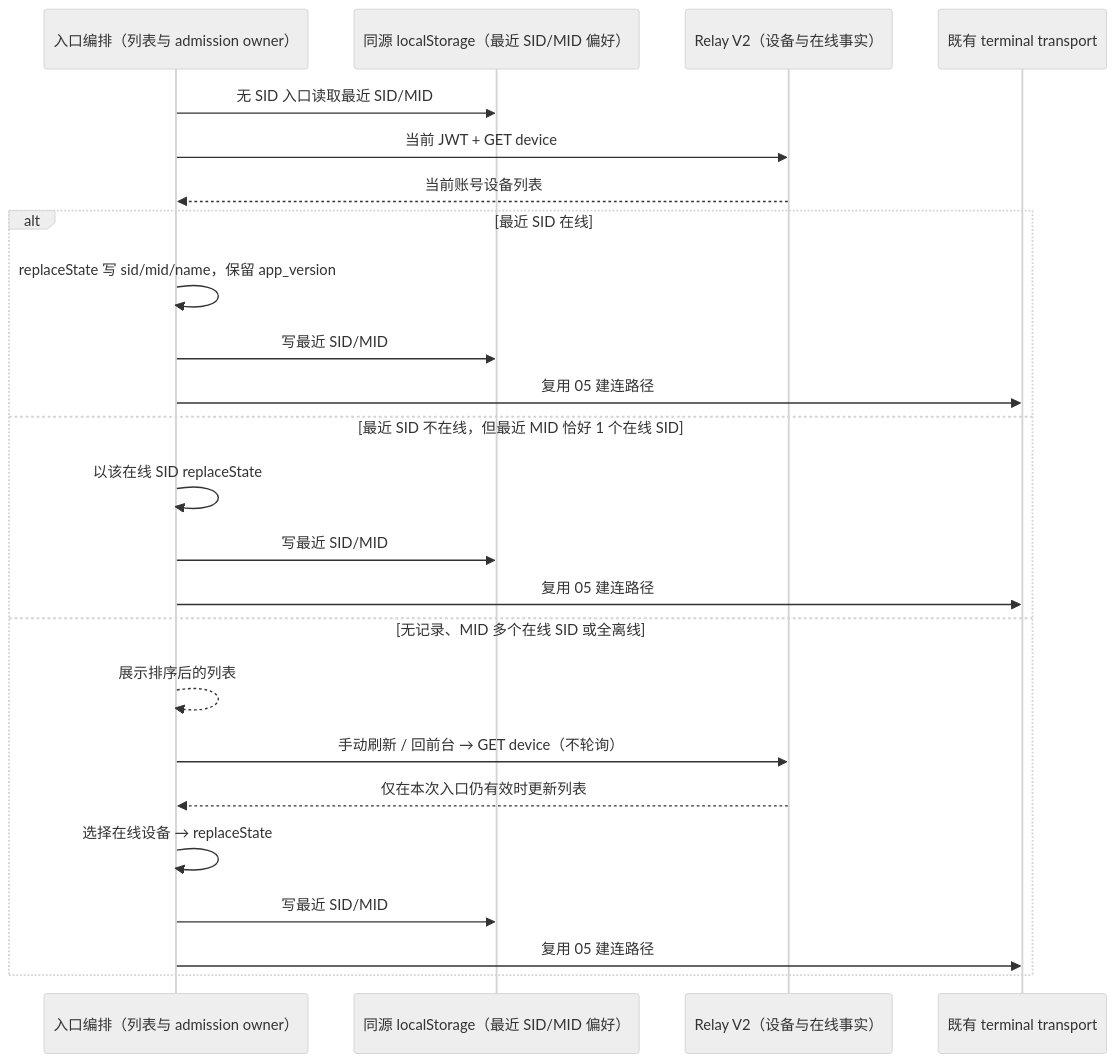
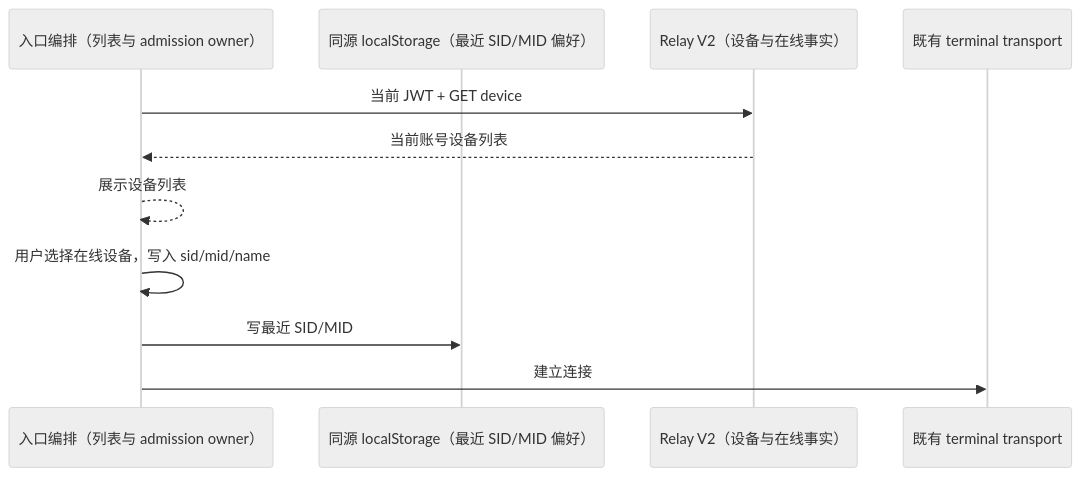
One commit to Rain-kl/ZCode changed the sixth of 6 diagrams in docs/web-remote-control/relay-v2-pairing.md. Above: the diagram before and after it, drawn with Mermaid (neutral theme). The commit also changed other lines of this file and 5 other files, not shown here.

````diff
--- a/docs/web-remote-control/relay-v2-pairing.md
+++ b/docs/web-remote-control/relay-v2-pairing.md
@@ -369,26 +366,13 @@
 ```mermaid
 sequenceDiagram
     participant P as 入口编排（列表与 admission owner）
     participant S as 同源 localStorage（最近 SID/MID 偏好）
     participant R as Relay V2（设备与在线事实）
     participant T as 既有 terminal transport
-    P->>S: 无 SID 入口读取最近 SID/MID
     P->>R: 当前 JWT + GET device
     R-->>P: 当前账号设备列表
-    alt 最近 SID 在线
-        P->>P: replaceState 写 sid/mid/name，保留 app_version
-        P->>S: 写最近 SID/MID
-        P->>T: 复用 05 建连路径
-    else 最近 SID 不在线，但最近 MID 恰好 1 个在线 SID
-        P->>P: 以该在线 SID replaceState
-        P->>S: 写最近 SID/MID
-        P->>T: 复用 05 建连路径
-    else 无记录、MID 多个在线 SID 或全离线
-        P-->>P: 展示排序后的列表
-        P->>R: 手动刷新 / 回前台 → GET device（不轮询）
-        R-->>P: 仅在本次入口仍有效时更新列表
-        P->>P: 选择在线设备 → replaceState
-        P->>S: 写最近 SID/MID
-        P->>T: 复用 05 建连路径
-    end
+    P-->>P: 展示设备列表
+    P->>P: 用户选择在线设备，写入 sid/mid/name
+    P->>S: 写最近 SID/MID
+    P->>T: 建立连接
 ```
````
